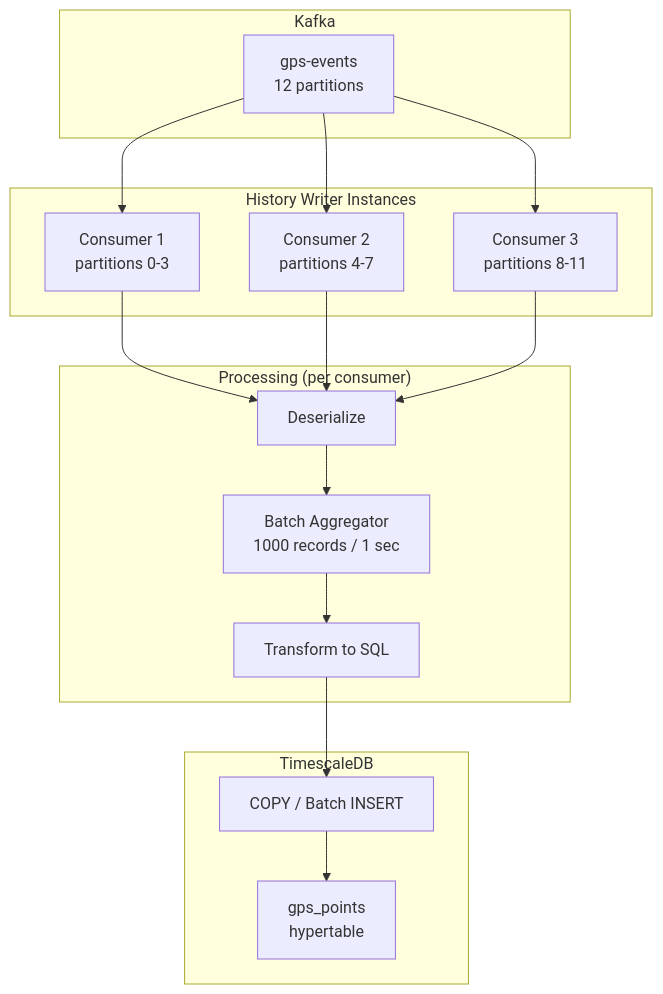
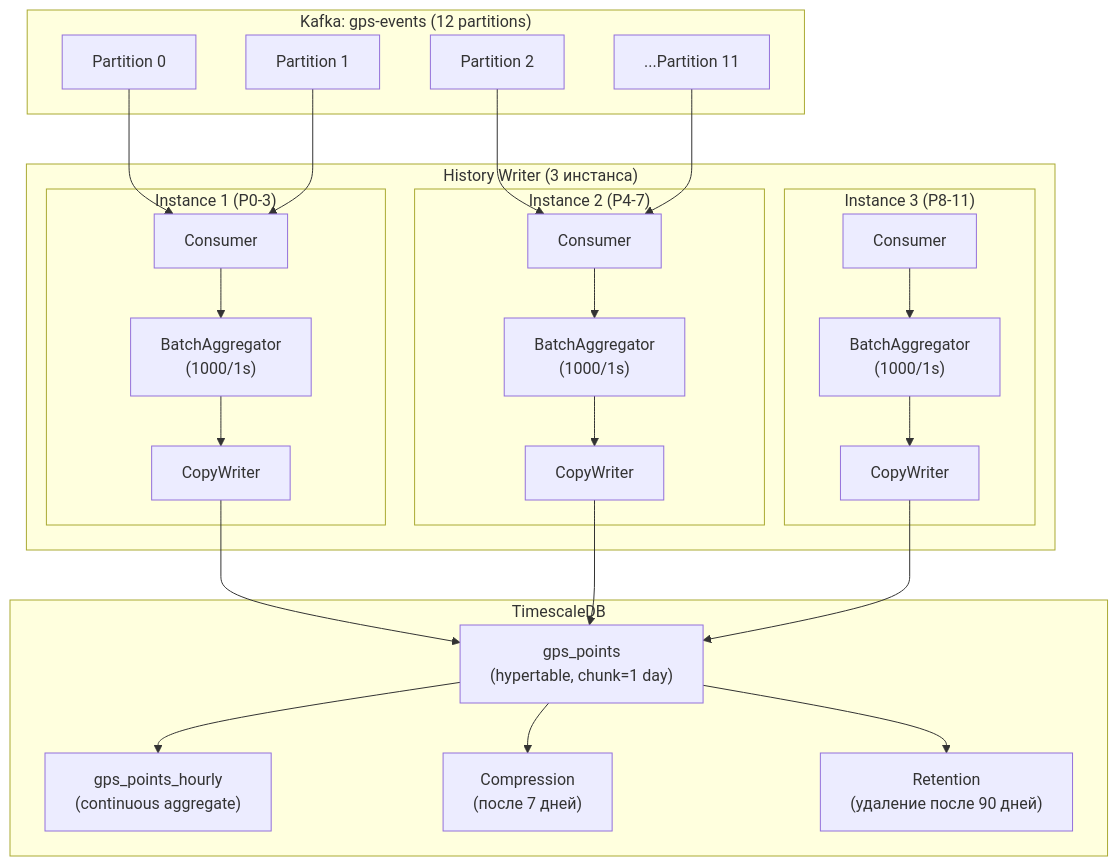
Diagram 11 of 19 in docs/blocks/ARCHITECTURE_BLOCK1.md (revarewerd/wayrecall-tracker-system), drawn with Mermaid before and after one commit. The commit also changed other lines of this file and 544 other files, not shown here.

````diff
--- a/docs/blocks/ARCHITECTURE_BLOCK1.md
+++ b/docs/blocks/ARCHITECTURE_BLOCK1.md
@@ -322,26 +679,41 @@
 ```mermaid
 flowchart TB
-    subgraph Kafka["Kafka"]
-        Topic[gps-events\n12 partitions]
+    subgraph Kafka["Kafka: gps-events (12 partitions)"]
+        P0["Partition 0"]
+        P1["Partition 1"]
+        P2["Partition 2"]
+        PN["...Partition 11"]
     end
 
-    subgraph Consumers["History Writer Instances"]
-        C1[Consumer 1\npartitions 0-3]
-        C2[Consumer 2\npartitions 4-7]
-        C3[Consumer 3\npartitions 8-11]
+    subgraph HW["History Writer (3 инстанса)"]
+        subgraph I1["Instance 1 (P0-3)"]
+            C1["Consumer"]
+            B1["BatchAggregator\n(1000/1s)"]
+            W1["CopyWriter"]
+        end
+        subgraph I2["Instance 2 (P4-7)"]
+            C2["Consumer"]
+            B2["BatchAggregator\n(1000/1s)"]
+            W2["CopyWriter"]
+        end
+        subgraph I3["Instance 3 (P8-11)"]
+            C3["Consumer"]
+            B3["BatchAggregator\n(1000/1s)"]
+            W3["CopyWriter"]
+        end
     end
 
-    subgraph Processing["Processing (per consumer)"]
-        Deser[Deserialize]
-        Batch[Batch Aggregator\n1000 records / 1 sec]
-        Transform[Transform to SQL]
+    subgraph TSDB["TimescaleDB"]
+        HT["gps_points\n(hypertable, chunk=1 day)"]
+        CA["gps_points_hourly\n(continuous aggregate)"]
+        Compress["Compression\n(после 7 дней)"]
+        Retention["Retention\n(удаление после 90 дней)"]
     end
 
-    subgraph DB["TimescaleDB"]
-        Insert[COPY / Batch INSERT]
-        Hypertable[gps_points\nhypertable]
-    end
-
-    Topic --> C1 & C2 & C3
-    C1 & C2 & C3 --> Deser --> Batch --> Transform --> Insert --> Hypertable
+    P0 & P1 --> C1 --> B1 --> W1 --> HT
+    P2 & PN --> C2 --> B2 --> W2 --> HT
+    C3 --> B3 --> W3 --> HT
+    HT --> CA
+    HT --> Compress
+    HT --> Retention
 ```
````
